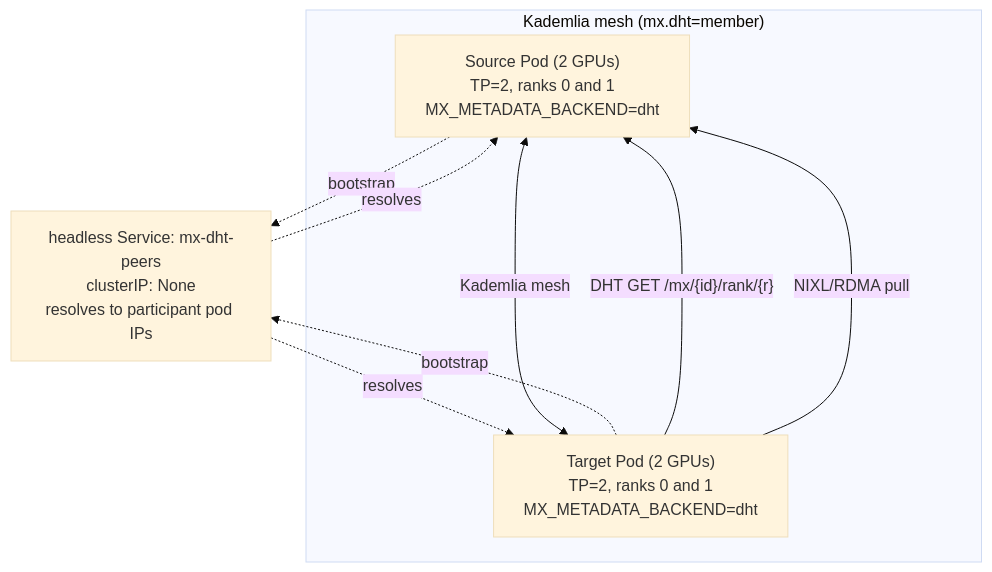
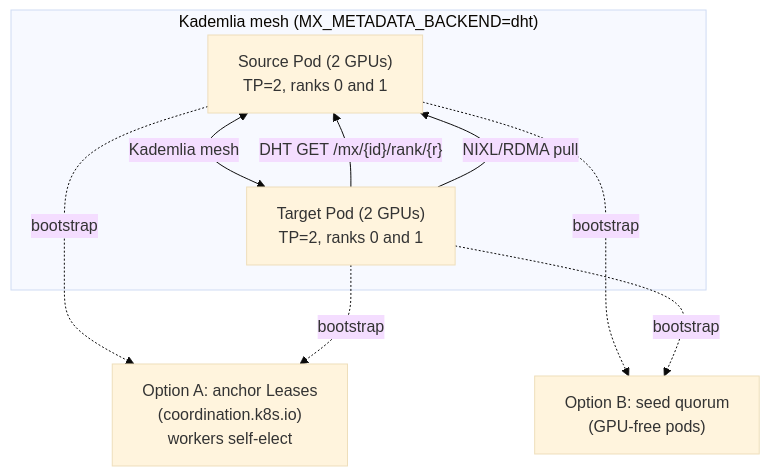
One commit to ai-dynamo/modelexpress changed the diagram in examples/dht_sources/README.md. Above: the diagram before and after it, drawn with Mermaid (base theme). The commit also changed other lines of this file and 12 other files, not shown here.

First line of the commit message:
feat: add self-organizing K8s Lease bootstrap and a standalone seed for the DHT backend

````diff
--- a/examples/dht_sources/README.md
+++ b/examples/dht_sources/README.md
@@ -26,15 +43,16 @@
 ```mermaid
 graph TD
-    subgraph mesh["Kademlia mesh (mx.dht=member)"]
-        S["Source Pod (2 GPUs)<br/>TP=2, ranks 0 and 1<br/>MX_METADATA_BACKEND=dht"]
-        T["Target Pod (2 GPUs)<br/>TP=2, ranks 0 and 1<br/>MX_METADATA_BACKEND=dht"]
+    subgraph mesh["Kademlia mesh (MX_METADATA_BACKEND=dht)"]
+        S["Source Pod (2 GPUs)<br/>TP=2, ranks 0 and 1"]
+        T["Target Pod (2 GPUs)<br/>TP=2, ranks 0 and 1"]
     end
-    SVC["headless Service: mx-dht-peers<br/>clusterIP: None<br/>resolves to participant pod IPs"]
-    S -. bootstrap .-> SVC
-    T -. bootstrap .-> SVC
-    SVC -. resolves .-> S
-    SVC -. resolves .-> T
+    A["Option A: anchor Leases<br/>(coordination.k8s.io)<br/>workers self-elect"]
+    B["Option B: seed quorum<br/>(GPU-free pods)"]
+    S -. bootstrap .-> A
+    T -. bootstrap .-> A
+    S -. bootstrap .-> B
+    T -. bootstrap .-> B
     S <-->|Kademlia mesh| T
     T -->|"DHT GET /mx/{id}/rank/{r}"| S
     T -->|NIXL/RDMA pull| S
 ```
````
